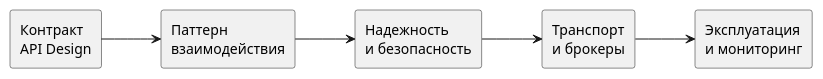
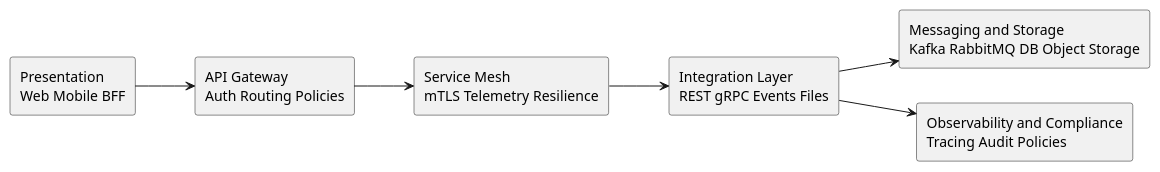
Before and after one commit to iwizy/analyst_kb: the diagram in docs/integrations/index.md, drawn with PlantUML. The commit also changed other lines of this file and 33 other files, not shown here.

````diff
--- a/docs/integrations/index.md
+++ b/docs/integrations/index.md
@@ -18,14 +27,17 @@
 ```kroki-plantuml
 @startuml
 left to right direction
-rectangle "Контракт\nAPI Design" as A
-rectangle "Паттерн\nвзаимодействия" as P
-rectangle "Надежность\nи безопасность" as R
-rectangle "Транспорт\nи брокеры" as T
-rectangle "Эксплуатация\nи мониторинг" as O
-A --> P
-P --> R
-R --> T
-T --> O
+rectangle "Presentation\nWeb Mobile BFF" as P
+rectangle "API Gateway\nAuth Routing Policies" as G
+rectangle "Service Mesh\nmTLS Telemetry Resilience" as M
+rectangle "Integration Layer\nREST gRPC Events Files" as I
+rectangle "Messaging and Storage\nKafka RabbitMQ DB Object Storage" as S
+rectangle "Observability and Compliance\nTracing Audit Policies" as O
+
+P --> G
+G --> M
+M --> I
+I --> S
+I --> O
 @enduml
 ```
````
